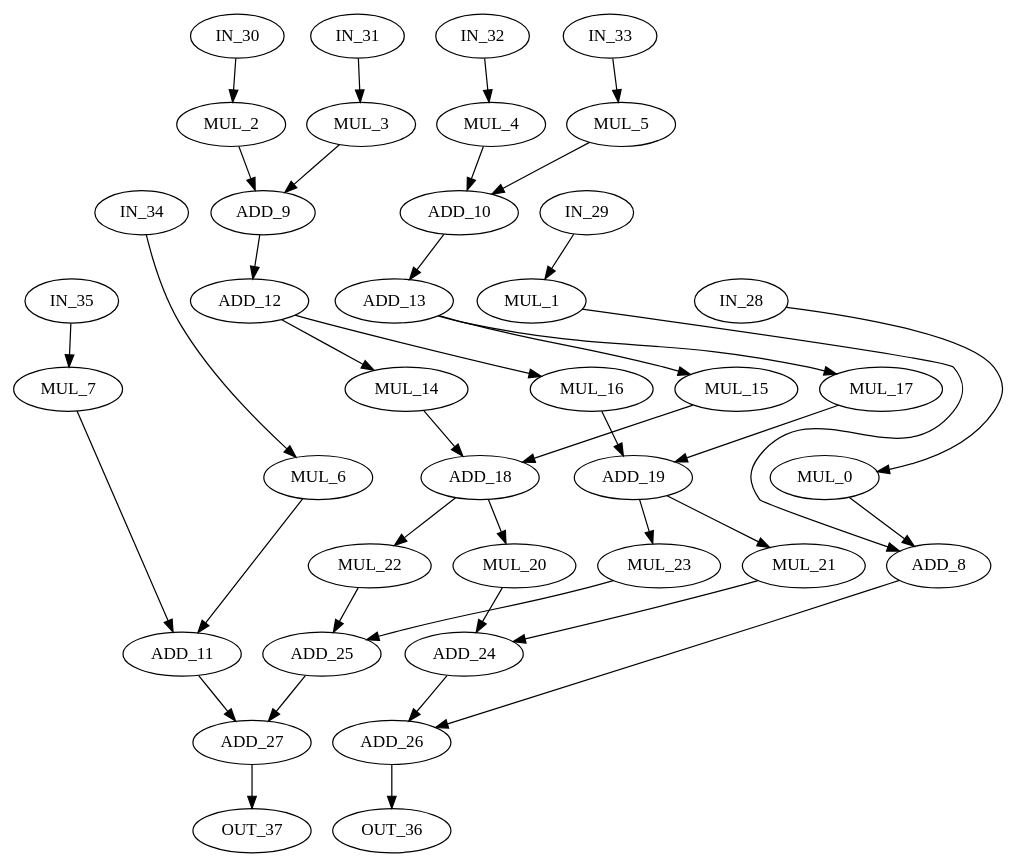
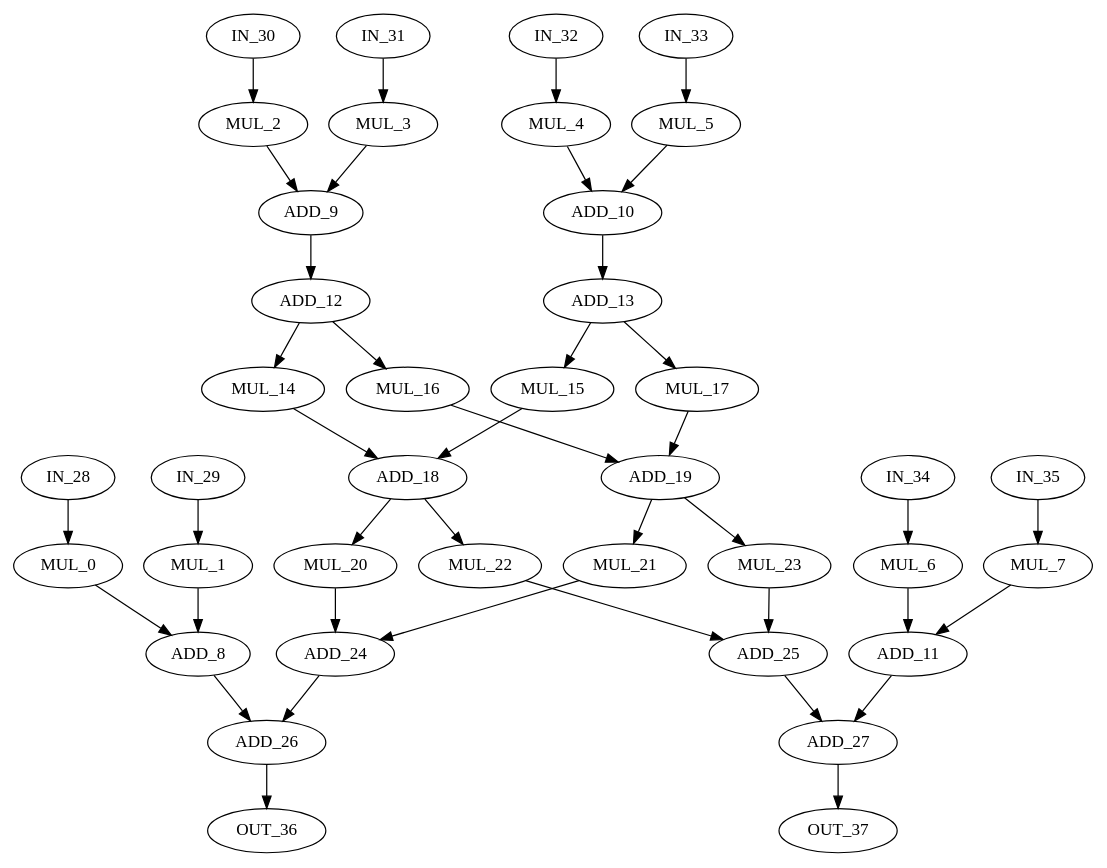
One commit to jeronimopenha/traversal_project changed the diagram in bench/m_bench/dac/arf.dot. Above: the diagram before and after it, drawn with Graphviz. The commit also changed 5 other files, not shown here.

```diff
--- a/bench/m_bench/dac/arf.dot
+++ b/bench/m_bench/dac/arf.dot
@@ -1,81 +1,81 @@
 digraph arf {
     0 [label = MUL_0 op = muli value = 2 ] ;
     1 [label = MUL_1 op = muli value = 2 ] ;
     2 [label = MUL_2 op = muli value = 2 ] ;
     3 [label = MUL_3 op = muli value = 2 ] ;
     4 [label = MUL_4 op = muli value = 2 ] ;
     5 [label = MUL_5 op = muli value = 2 ] ;
     6 [label = MUL_6 op = muli value = 2 ] ;
     7 [label = MUL_7 op = muli value = 2 ] ;
     8 [label = ADD_8 op = add ] ;
     9 [label = ADD_9 op = add ] ;
     10 [label = ADD_10 op = add ] ;
     11 [label = ADD_11 op = add ] ;
     12 [label = ADD_12 op = addi value = 2 ] ;
     13 [label = ADD_13 op = addi value = 2 ] ;
     14 [label = MUL_14 op = muli value = 2 ] ;
     15 [label = MUL_15 op = muli value = 2 ] ;
     16 [label = MUL_16 op = muli value = 2 ] ;
     17 [label = MUL_17 op = muli value = 2 ] ;
     18 [label = ADD_18 op = add ] ;
     19 [label = ADD_19 op = add ] ;
     20 [label = MUL_20 op = muli value = 2 ] ;
     21 [label = MUL_21 op = muli value = 2 ] ;
     22 [label = MUL_22 op = muli value = 2 ] ;
     23 [label = MUL_23 op = muli value = 2 ] ;
     24 [label = ADD_24 op = add ] ;
     25 [label = ADD_25 op = add ] ;
     26 [label = ADD_26 op = add ] ;
     27 [label = ADD_27 op = add ] ;
     28 [label = IN_28 op = in ] ;
     29 [label = IN_29 op = in ] ;
     30 [label = IN_30 op = in ] ;
     31 [label = IN_31 op = in ] ;
     32 [label = IN_32 op = in ] ;
     33 [label = IN_33 op = in ] ;
     34 [label = IN_34 op = in ] ;
     35 [label = IN_35 op = in ] ;
     36 [label = OUT_36 op = out ] ;
     37 [label = OUT_37 op = out ] ;
     
-    28 -> 0 [port = 0  weight = 0 ] ;
-    29 -> 1 [port = 0  weight = 0 ] ;
-    30 -> 2 [port = 0  weight = 0 ] ;
-    31 -> 3 [port = 0  weight = 0 ] ;
-    32 -> 4 [port = 0  weight = 0 ] ;
-    33 -> 5 [port = 0  weight = 0 ] ;
-    34 -> 6 [port = 0  weight = 0 ] ;
-    35 -> 7 [port = 0  weight = 0 ] ;
-    0 -> 8 [port = 0  weight = 0 ] ;
-    1 -> 8 [port = 1  weight = 0 ] ;
-    2 -> 9 [port = 0  weight = 0 ] ;
-    3 -> 9 [port = 1  weight = 0 ] ;
-    4 -> 10 [port = 0  weight = 0 ] ;
-    5 -> 10 [port = 1  weight = 0 ] ;
-    6 -> 11 [port = 0  weight = 0 ] ;
-    7 -> 11 [port = 1  weight = 0 ] ;
-    9 -> 12 [port = 0  weight = 0 ] ;
-    10 -> 13 [port = 0  weight = 0 ] ;
-    12 -> 14 [port = 0  weight = 0 ] ;
-    13 -> 15 [port = 0  weight = 0 ] ;
-    12 -> 16 [port = 0  weight = 0 ] ;
-    13 -> 17 [port = 0  weight = 0 ] ;
-    14 -> 18 [port = 0  weight = 0 ] ;
-    15 -> 18 [port = 1  weight = 0 ] ;
-    16 -> 19 [port = 0  weight = 0 ] ;
-    17 -> 19 [port = 1  weight = 0 ] ;
-    18 -> 20 [port = 0  weight = 0 ] ;
-    19 -> 21 [port = 0  weight = 0 ] ;
-    18 -> 22 [port = 0  weight = 0 ] ;
-    19 -> 23 [port = 0  weight = 0 ] ;
-    20 -> 24 [port = 0  weight = 0 ] ;
-    21 -> 24 [port = 1  weight = 0 ] ;
-    22 -> 25 [port = 0  weight = 0 ] ;
-    23 -> 25 [port = 1  weight = 0 ] ;
-    8 -> 26 [port = 0  weight = 0 ] ;
-    24 -> 26 [port = 1  weight = 0 ] ;
-    11 -> 27 [port = 0  weight = 0 ] ;
-    25 -> 27 [port = 1  weight = 0 ] ;
-    26 -> 36 [port = 0  weight = 0 ] ;
-    27 -> 37 [port = 0  weight = 0 ] ;
+    28 -> 0 [port = 0  w = 0 ] ;
+    29 -> 1 [port = 0  w = 0 ] ;
+    30 -> 2 [port = 0  w = 0 ] ;
+    31 -> 3 [port = 0  w = 0 ] ;
+    32 -> 4 [port = 0  w = 0 ] ;
+    33 -> 5 [port = 0  w = 0 ] ;
+    34 -> 6 [port = 0  w = 0 ] ;
+    35 -> 7 [port = 0  w = 0 ] ;
+    0 -> 8 [port = 0  w = 0 ] ;
+    1 -> 8 [port = 1  w = 0 ] ;
+    2 -> 9 [port = 0  w = 0 ] ;
+    3 -> 9 [port = 1  w = 0 ] ;
+    4 -> 10 [port = 0  w = 0 ] ;
+    5 -> 10 [port = 1  w = 0 ] ;
+    6 -> 11 [port = 0  w = 0 ] ;
+    7 -> 11 [port = 1  w = 0 ] ;
+    9 -> 12 [port = 0  w = 0 ] ;
+    10 -> 13 [port = 0  w = 0 ] ;
+    12 -> 14 [port = 0  w = 0 ] ;
+    13 -> 15 [port = 0  w = 0 ] ;
+    12 -> 16 [port = 0  w = 0 ] ;
+    13 -> 17 [port = 0  w = 0 ] ;
+    14 -> 18 [port = 0  w = 0 ] ;
+    15 -> 18 [port = 1  w = 0 ] ;
+    16 -> 19 [port = 0  w = 0 ] ;
+    17 -> 19 [port = 1  w = 0 ] ;
+    18 -> 20 [port = 0  w = 0 ] ;
+    19 -> 21 [port = 0  w = 0 ] ;
+    18 -> 22 [port = 0  w = 0 ] ;
+    19 -> 23 [port = 0  w = 0 ] ;
+    20 -> 24 [port = 0  w = 0 ] ;
+    21 -> 24 [port = 1  w = 0 ] ;
+    22 -> 25 [port = 0  w = 0 ] ;
+    23 -> 25 [port = 1  w = 0 ] ;
+    8 -> 26 [port = 0  w = 0 ] ;
+    24 -> 26 [port = 1  w = 0 ] ;
+    11 -> 27 [port = 0  w = 0 ] ;
+    25 -> 27 [port = 1  w = 0 ] ;
+    26 -> 36 [port = 0  w = 0 ] ;
+    27 -> 37 [port = 0  w = 0 ] ;
 }
```
